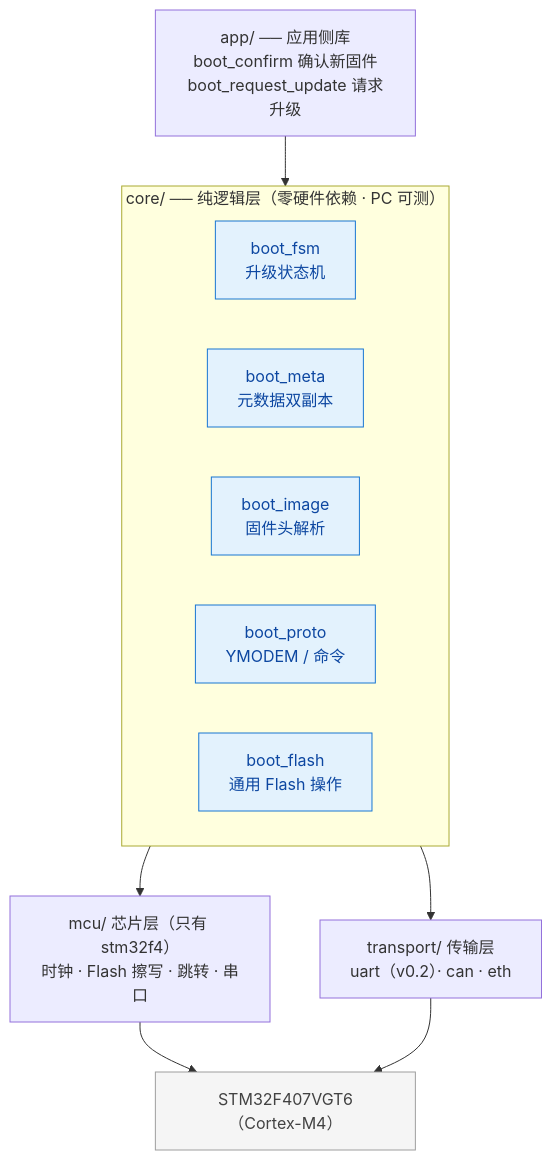
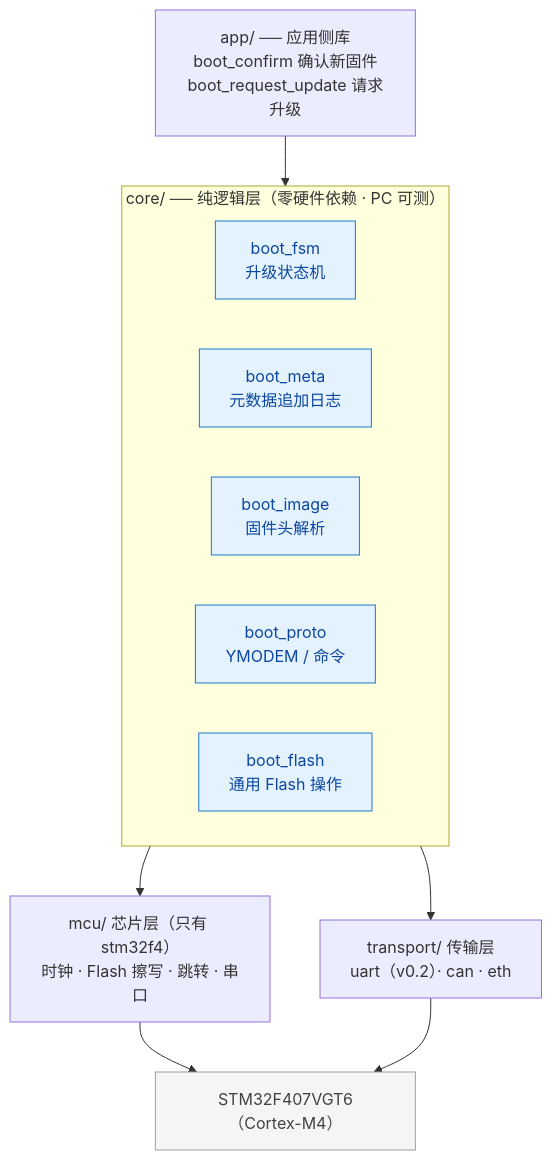
The first of 2 diagrams in README.md (1duck-duck1/cortex-m-ota-boot), drawn with Mermaid before and after one commit. The commit also changed other lines of this file and 14 other files, not shown here.

````diff
--- a/README.md
+++ b/README.md
@@ -97,28 +96,28 @@
 ```mermaid
 flowchart TD
     APP["app/ ── 应用侧库<br/>boot_confirm 确认新固件<br/>boot_request_update 请求升级"]
 
     subgraph CORE["core/ ── 纯逻辑层（零硬件依赖 · PC 可测）"]
         direction LR
         C1["boot_fsm<br/>升级状态机"]
-        C2["boot_meta<br/>元数据双副本"]
+        C2["boot_meta<br/>元数据追加日志"]
         C3["boot_image<br/>固件头解析"]
         C4["boot_proto<br/>YMODEM / 命令"]
         C5["boot_flash<br/>通用 Flash 操作"]
     end
 
     MCU["mcu/ 芯片层（只有 stm32f4）<br/>时钟 · Flash 擦写 · 跳转 · 串口"]
     TRAN["transport/ 传输层<br/>uart（v0.2）· can · eth"]
     HW["STM32F407VGT6（Cortex-M4）"]
 
     APP --> CORE
     CORE --> MCU
     CORE --> TRAN
     MCU --> HW
     TRAN --> HW
 
     classDef core fill:#e3f2fd,stroke:#1976d2,color:#0d47a1
     classDef hw fill:#f5f5f5,stroke:#9e9e9e,color:#424242
     class C1,C2,C3,C4,C5 core
     class HW hw
 ```
````
